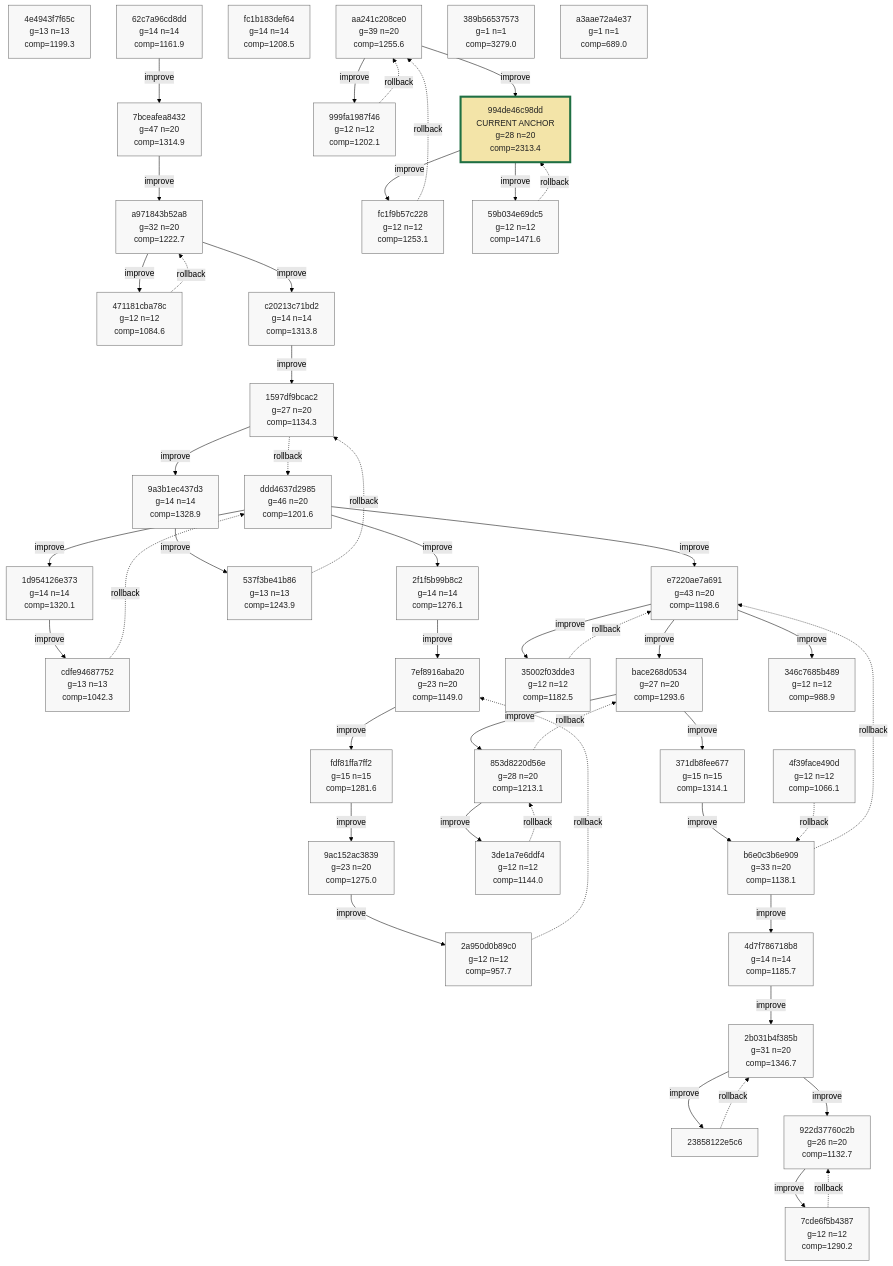
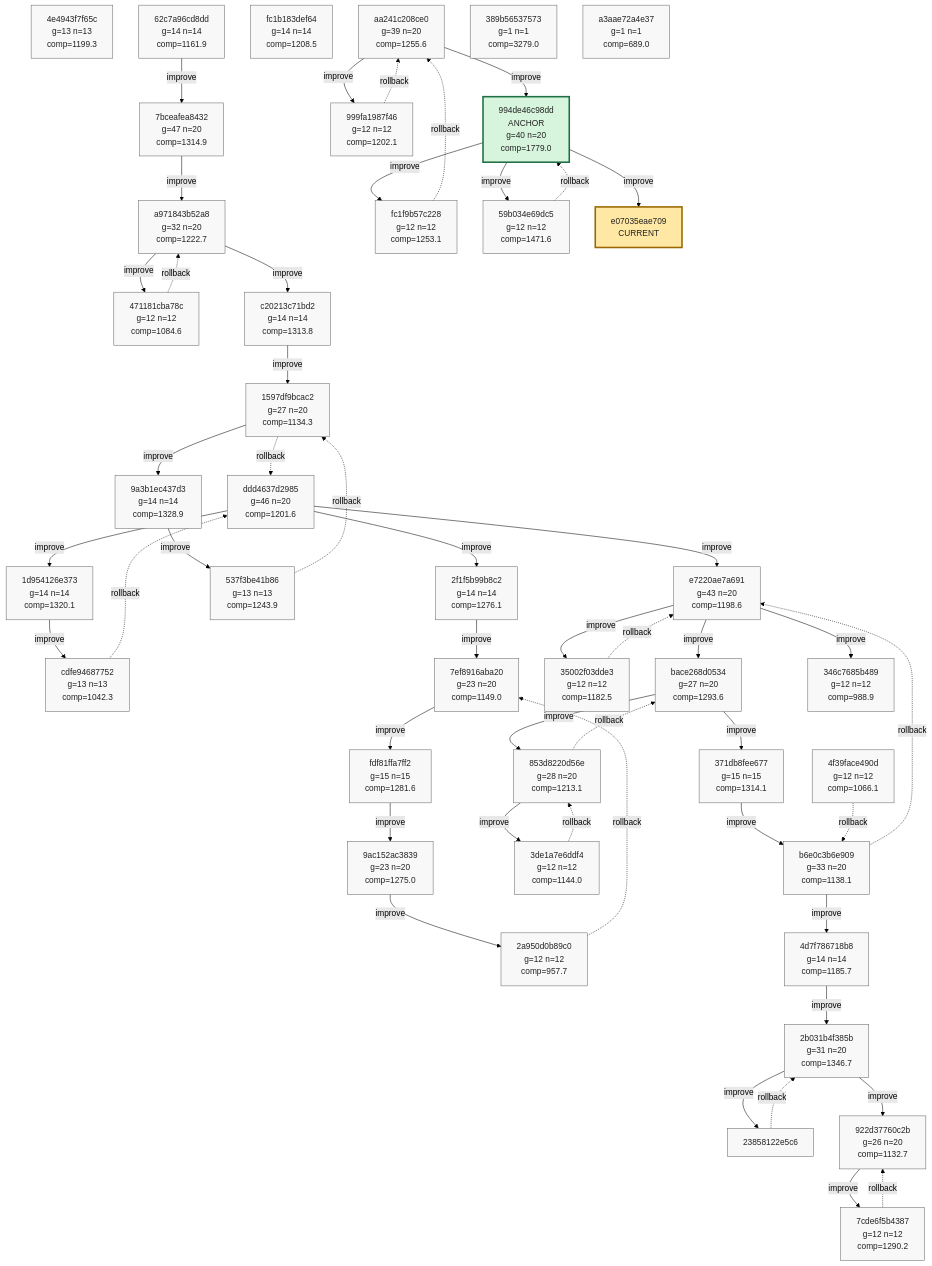
One commit to azumag/soviet_now changed the ninth of 9 diagrams in phyrogenetic-tree.md. Above: the diagram before and after it, drawn with Mermaid (forest theme). The commit also changed other lines of this file and 2 other files, not shown here.

Commit message:
eloop Improve after 12 games (scores: 2430 2355 3134 3429 1789 1936 2107 1283 3230 1173 1091 1432)

````diff
--- a/phyrogenetic-tree.md
+++ b/phyrogenetic-tree.md
@@ -2279,11 +2280,12 @@
     h_346c7685b489["346c7685b489<br/>g=12 n=12<br/>comp=988.9"]
     h_aa241c208ce0["aa241c208ce0<br/>g=39 n=20<br/>comp=1255.6"]
     h_999fa1987f46["999fa1987f46<br/>g=12 n=12<br/>comp=1202.1"]
-    h_994de46c98dd["994de46c98dd<br/>CURRENT ANCHOR<br/>g=28 n=20<br/>comp=2313.4"]
+    h_994de46c98dd["994de46c98dd<br/>ANCHOR<br/>g=40 n=20<br/>comp=1779.0"]
     h_fc1f9b57c228["fc1f9b57c228<br/>g=12 n=12<br/>comp=1253.1"]
     h_59b034e69dc5["59b034e69dc5<br/>g=12 n=12<br/>comp=1471.6"]
     h_389b56537573["389b56537573<br/>g=1 n=1<br/>comp=3279.0"]
     h_a3aae72a4e37["a3aae72a4e37<br/>g=1 n=1<br/>comp=689.0"]
+    h_e07035eae709["e07035eae709<br/>CURRENT"]
 
     h_ddd4637d2985 -->|improve| h_1d954126e373
     h_1d954126e373 -->|improve| h_cdfe94687752
@@ -2331,6 +2333,7 @@
     h_fc1f9b57c228 -. rollback .-> h_aa241c208ce0
     h_994de46c98dd -->|improve| h_59b034e69dc5
     h_59b034e69dc5 -. rollback .-> h_994de46c98dd
+    h_994de46c98dd -->|improve| h_e07035eae709
 
     classDef plain fill:#f8f8f8,stroke:#666,stroke-width:1px,color:#222;
     classDef current fill:#ffe8a3,stroke:#9a6700,stroke-width:3px,color:#222;
@@ -2371,9 +2374,10 @@
     class h_346c7685b489 plain;
     class h_aa241c208ce0 plain;
     class h_999fa1987f46 plain;
-    class h_994de46c98dd current_anchor;
+    class h_994de46c98dd anchor;
     class h_fc1f9b57c228 plain;
     class h_59b034e69dc5 plain;
     class h_389b56537573 plain;
     class h_a3aae72a4e37 plain;
+    class h_e07035eae709 current;
 ```
````
